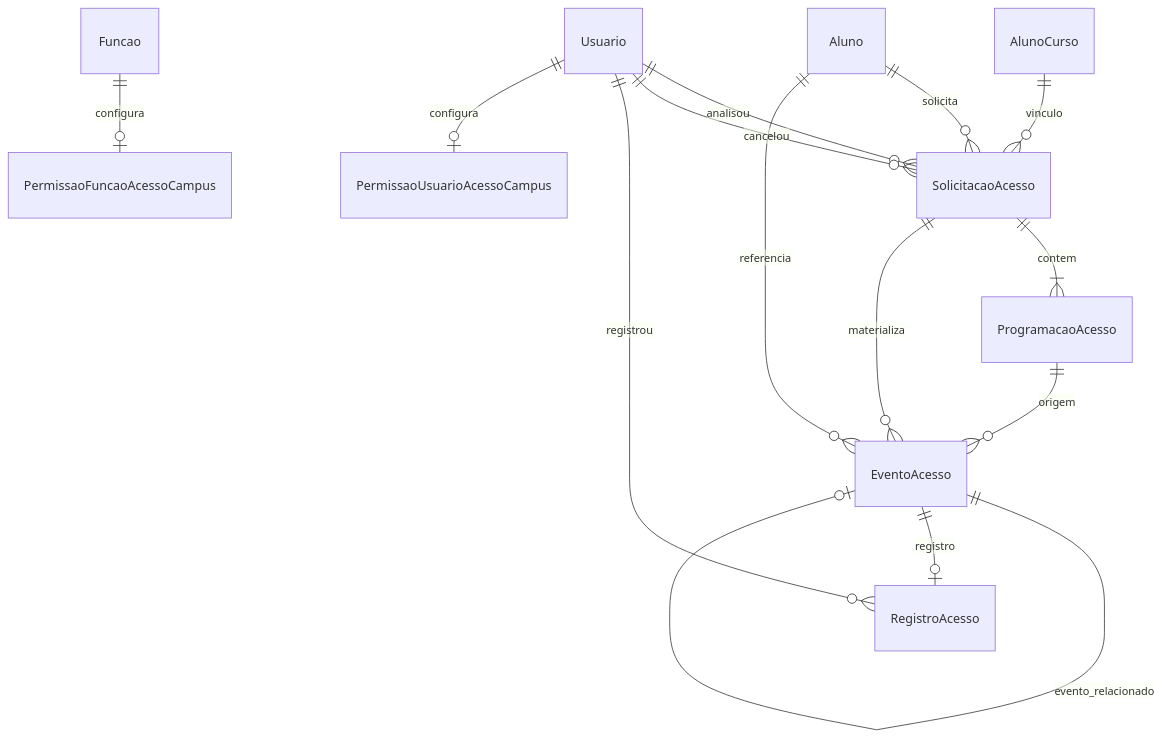
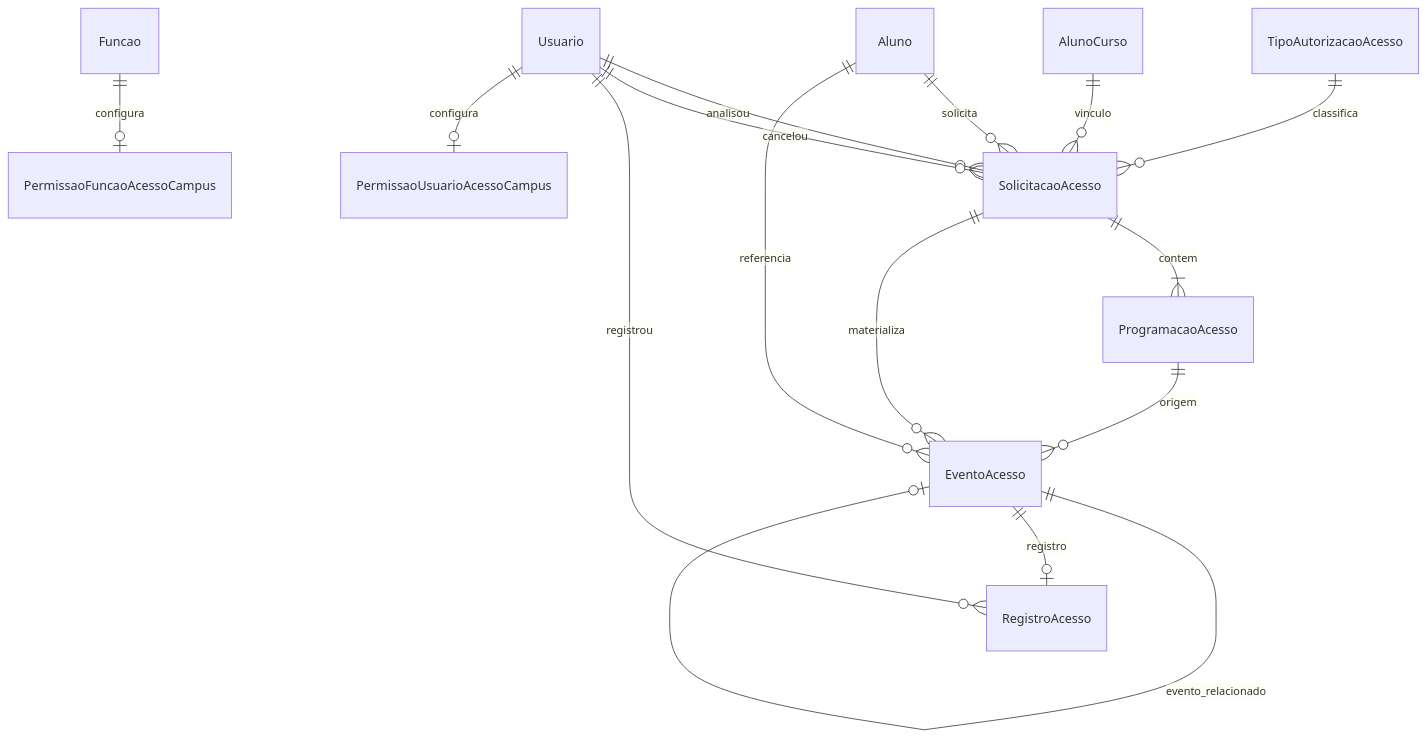
Before and after one commit to soareslucas9090/cortex-platform: the diagram in docs/schema/acesso-campus.md, drawn with Mermaid. The commit also changed other lines of this file and 30 other files, not shown here.

````diff
--- a/docs/schema/acesso-campus.md
+++ b/docs/schema/acesso-campus.md
@@ -13,16 +13,17 @@
 ```mermaid
 erDiagram
+    TipoAutorizacaoAcesso ||--o{ SolicitacaoAcesso : classifica
     Aluno ||--o{ SolicitacaoAcesso : solicita
     AlunoCurso ||--o{ SolicitacaoAcesso : vinculo
     SolicitacaoAcesso ||--|{ ProgramacaoAcesso : contem
     SolicitacaoAcesso ||--o{ EventoAcesso : materializa
     ProgramacaoAcesso ||--o{ EventoAcesso : origem
     Aluno ||--o{ EventoAcesso : referencia
     EventoAcesso ||--o| EventoAcesso : evento_relacionado
     EventoAcesso ||--o| RegistroAcesso : registro
     Usuario ||--o{ SolicitacaoAcesso : analisou
     Usuario ||--o{ SolicitacaoAcesso : cancelou
     Usuario ||--o{ RegistroAcesso : registrou
     Funcao ||--o| PermissaoFuncaoAcessoCampus : configura
     Usuario ||--o| PermissaoUsuarioAcessoCampus : configura
 ```
````
